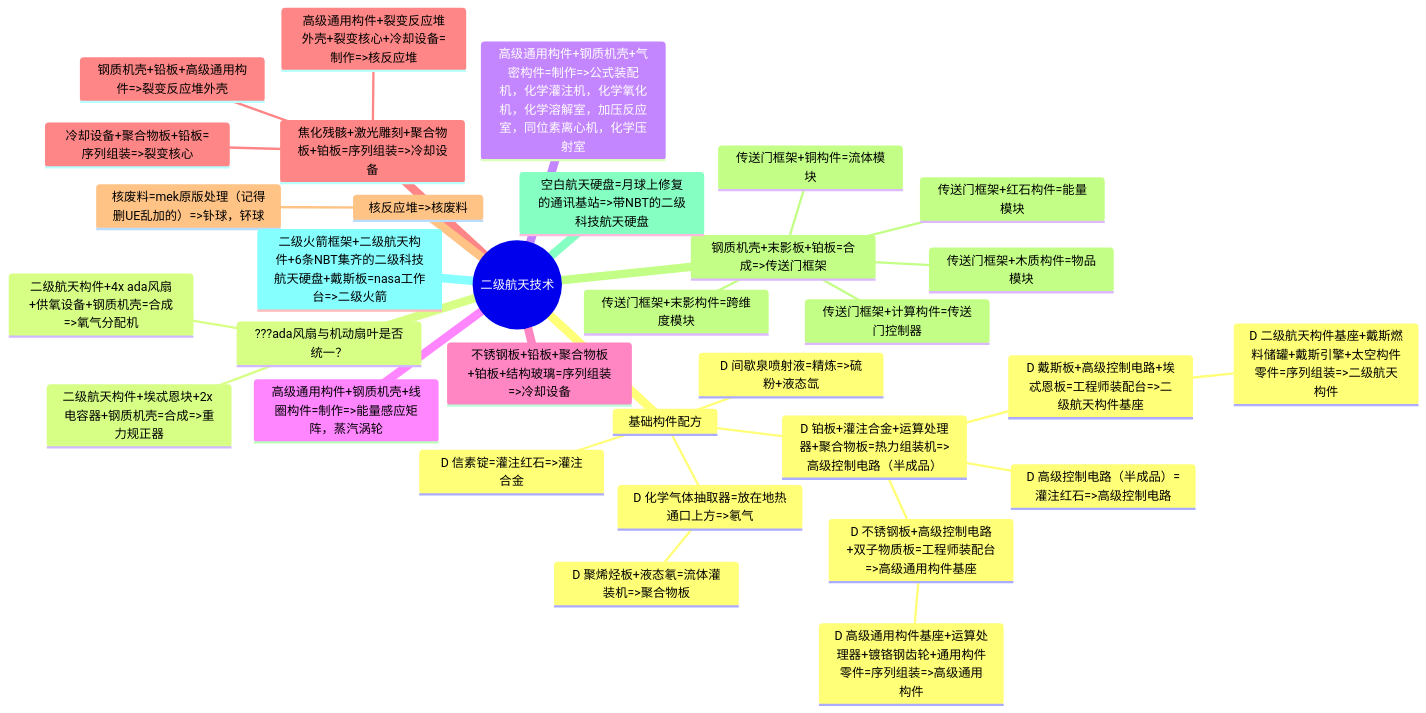
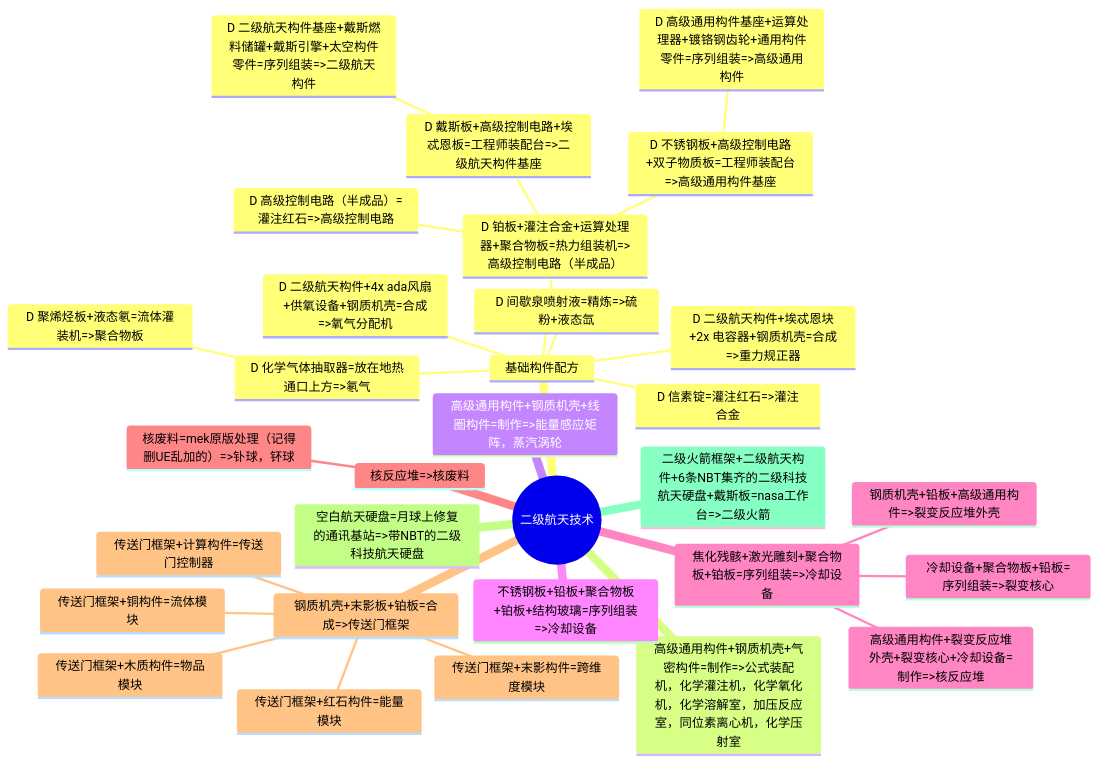
The second of 4 diagrams in Developer/TechTreeMap.md (VechniMetel/CodeNameCIM2), drawn with Mermaid before and after one commit. The commit also changed 39 other files, not shown here.

````diff
--- a/Developer/TechTreeMap.md
+++ b/Developer/TechTreeMap.md
@@ -45,35 +45,34 @@
 ``` mermaid
 mindmap
     root((二级航天技术))
         基础构件配方
             D 信素锭=灌注红石=>灌注合金
             D 间歇泉喷射液=精炼=>硫粉+液态氙
             D 化学气体抽取器=放在地热通口上方=>氡气
                 D 聚烯烃板+液态氡=流体灌装机=>聚合物板
             D 铂板+灌注合金+运算处理器+聚合物板=热力组装机=>高级控制电路（半成品）
                 D 高级控制电路（半成品）=灌注红石=>高级控制电路
                 D 戴斯板+高级控制电路+埃忒恩板=工程师装配台=>二级航天构件基座
                     D 二级航天构件基座+戴斯燃料储罐+戴斯引擎+太空构件零件=序列组装=>二级航天构件
                 D 不锈钢板+高级控制电路+双子物质板=工程师装配台=>高级通用构件基座
                     D 高级通用构件基座+运算处理器+镀铬钢齿轮+通用构件零件=序列组装=>高级通用构件
-        ???ada风扇与机动扇叶是否统一？
-            二级航天构件+4x ada风扇+供氧设备+钢质机壳=合成=>氧气分配机
-            二级航天构件+埃忒恩块+2x 电容器+钢质机壳=合成=>重力规正器
+            D 二级航天构件+4x ada风扇+供氧设备+钢质机壳=合成=>氧气分配机
+            D 二级航天构件+埃忒恩块+2x 电容器+钢质机壳=合成=>重力规正器
         高级通用构件+钢质机壳+气密构件=制作=>公式装配机，化学灌注机，化学氧化机，化学溶解室，加压反应室，同位素离心机，化学压射室
         高级通用构件+钢质机壳+线圈构件=制作=>能量感应矩阵，蒸汽涡轮
         不锈钢板+铅板+聚合物板+铂板+结构玻璃=序列组装=>冷却设备
         焦化残骸+激光雕刻+聚合物板+铂板=序列组装=>冷却设备
             冷却设备+聚合物板+铅板=序列组装=>裂变核心
             钢质机壳+铅板+高级通用构件=>裂变反应堆外壳
             高级通用构件+裂变反应堆外壳+裂变核心+冷却设备=制作=>核反应堆
         核反应堆=>核废料
             核废料=mek原版处理（记得删UE乱加的）=>钋球，钚球
         钢质机壳+末影板+铂板=合成=>传送门框架
             传送门框架+计算构件=传送门控制器
             传送门框架+木质构件=物品模块
             传送门框架+铜构件=流体模块
             传送门框架+红石构件=能量模块
             传送门框架+末影构件=跨维度模块
         空白航天硬盘=月球上修复的通讯基站=>带NBT的二级科技航天硬盘
         二级火箭框架+二级航天构件+6条NBT集齐的二级科技航天硬盘+戴斯板=nasa工作台=>二级火箭
 ```
````
